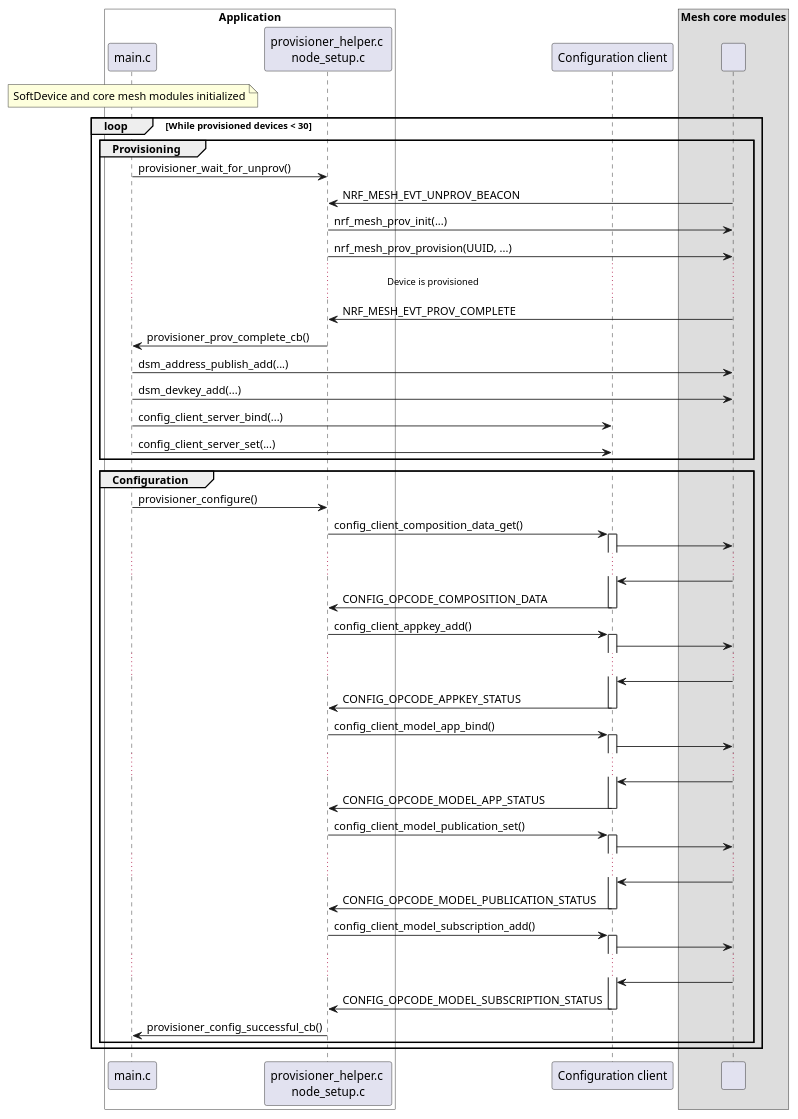
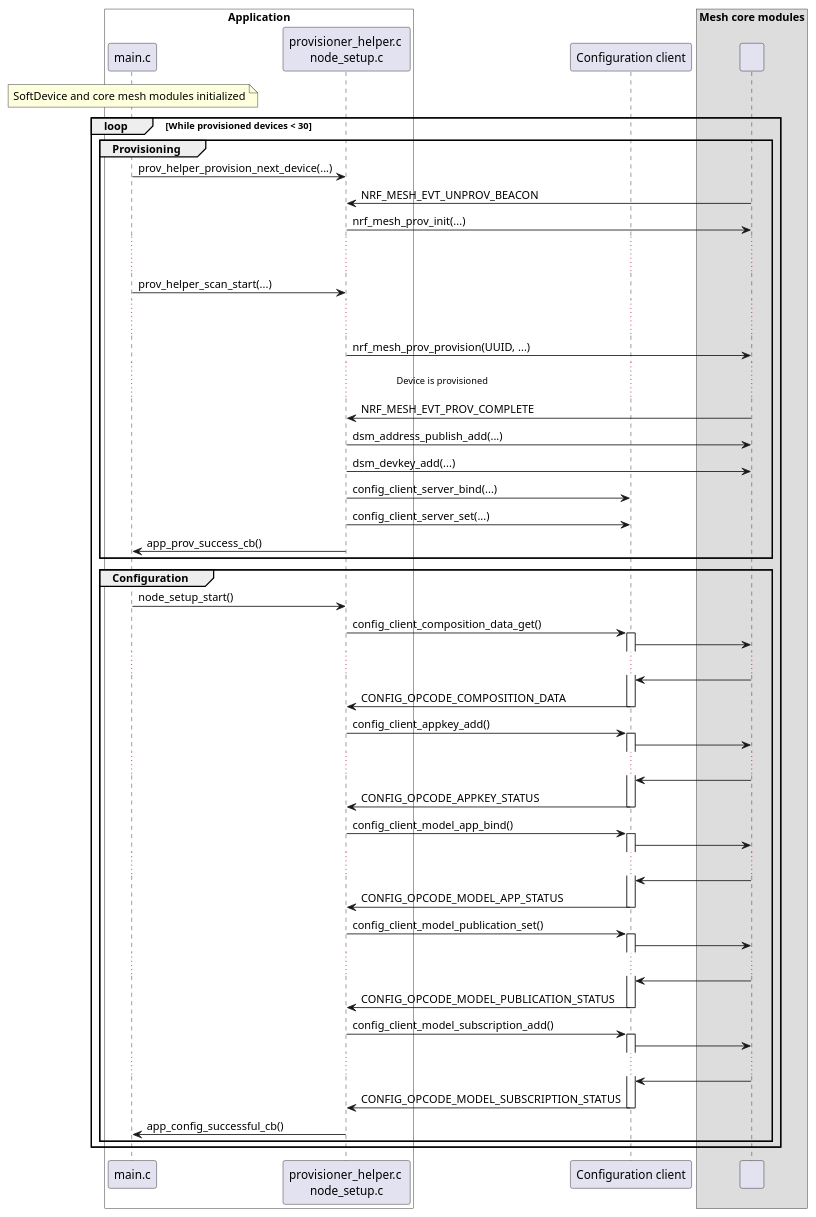
One commit to isundaylee/nRF5 changed the diagram in mesh_sdk/doc/getting_started/src/light_switch_prov_interface.plantuml. Above: the diagram before and after it, drawn with PlantUML. The commit also changed 1523 other files, not shown here.

```diff
--- a/mesh_sdk/doc/getting_started/src/light_switch_prov_interface.plantuml
+++ b/mesh_sdk/doc/getting_started/src/light_switch_prov_interface.plantuml
@@ -1,75 +1,78 @@
 @startuml
 skinparam defaultFontName Arial
 box "Application" #FFFFFF
 participant a as "main.c"
 participant p as "provisioner_helper.c \nnode_setup.c"
 end box
 
 participant c as "Configuration client"
 
 box "Mesh core modules"
 participant core as "    "
 end box
 
 note over a: SoftDevice and core mesh modules initialized
 loop While provisioned devices < 30
 group Provisioning
-      a -> p: provisioner_wait_for_unprov()
+      a -> p: prov_helper_provision_next_device(...)
       core -> p: NRF_MESH_EVT_UNPROV_BEACON
       p -> core: nrf_mesh_prov_init(...)
+      ... ...
+      a -> p: prov_helper_scan_start(...)
+      ... ...
       p -> core: nrf_mesh_prov_provision(UUID, ...)
 
       ... Device is provisioned ...
 
       core -> p: NRF_MESH_EVT_PROV_COMPLETE
-      p -> a: provisioner_prov_complete_cb()
-      a -> core: dsm_address_publish_add(...)
-      a -> core: dsm_devkey_add(...)
-      a -> c: config_client_server_bind(...)
-      a -> c: config_client_server_set(...)
+      p -> core: dsm_address_publish_add(...)
+      p -> core: dsm_devkey_add(...)
+      p -> c: config_client_server_bind(...)
+      p -> c: config_client_server_set(...)
+      p -> a: app_prov_success_cb()
 end
 group Configuration
-      a -> p: provisioner_configure()
+      a -> p: node_setup_start()
       p -> c: config_client_composition_data_get()
       activate c
       c -> core
       ...
       core -> c
       c -> p: CONFIG_OPCODE_COMPOSITION_DATA
       deactivate c
 
       p -> c: config_client_appkey_add()
       activate c
       c -> core
       ...
       core -> c
       c -> p: CONFIG_OPCODE_APPKEY_STATUS
       deactivate c
 
       p -> c: config_client_model_app_bind()
       activate c
       c -> core
       ...
       core -> c
       c -> p: CONFIG_OPCODE_MODEL_APP_STATUS
       deactivate c
 
       p -> c: config_client_model_publication_set()
       activate c
       c -> core
       ...
       core -> c
       c -> p: CONFIG_OPCODE_MODEL_PUBLICATION_STATUS
       deactivate c
 
       p -> c: config_client_model_subscription_add()
       activate c
       c -> core
       ...
       core -> c
       c -> p: CONFIG_OPCODE_MODEL_SUBSCRIPTION_STATUS
       deactivate c
-      p -> a: provisioner_config_successful_cb()
+      p -> a: app_config_successful_cb()
 end
 end
 @enduml
```
